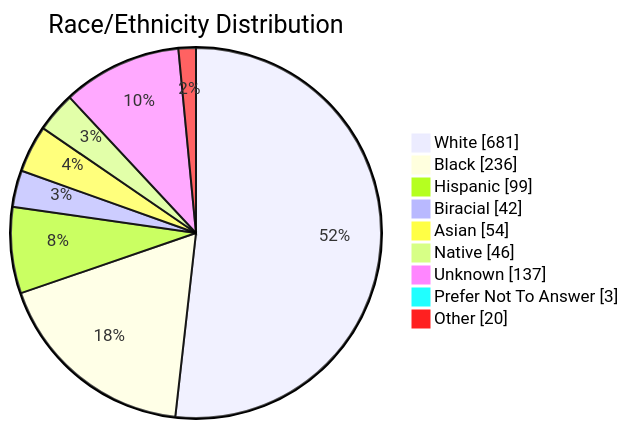
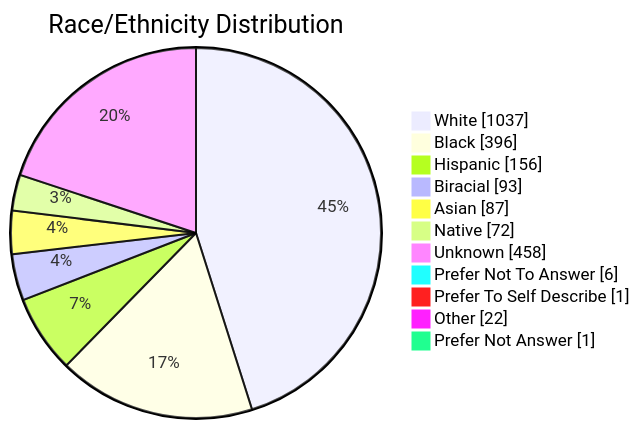
One commit to Ninjaneer321/va.gov-team changed the sixth of 6 diagrams in historical-participant-data-summary-2017-2025.md. Above: the diagram before and after it, drawn with Mermaid. The commit also changed other lines of this file and 3 other files, not shown here.

````diff
--- a/historical-participant-data-summary-2017-2025.md
+++ b/historical-participant-data-summary-2017-2025.md
@@ -158,12 +166,18 @@
 ```mermaid
 pie showData title Race/Ethnicity Distribution
-    "White" : 681
-    "Black" : 236
-    "Hispanic" : 99
-    "Biracial" : 42
-    "Asian" : 54
-    "Native" : 46
-    "Unknown" : 137
-    "Prefer Not To Answer" : 3
-    "Other" : 20
+    "White" : 1037
+    "Black" : 396
+    "Hispanic" : 156
+    "Biracial" : 93
+    "Asian" : 87
+    "Native" : 72
+    "Unknown" : 458
+    "Prefer Not To Answer" : 6
+    "Prefer To Self Describe" : 1
+    "Other" : 22
+    "White" : 4
+    "Black" : 1
+    "Hispanic" : 2
+    "Asian" : 1
+    "Prefer Not Answer" : 1
 ```
````
